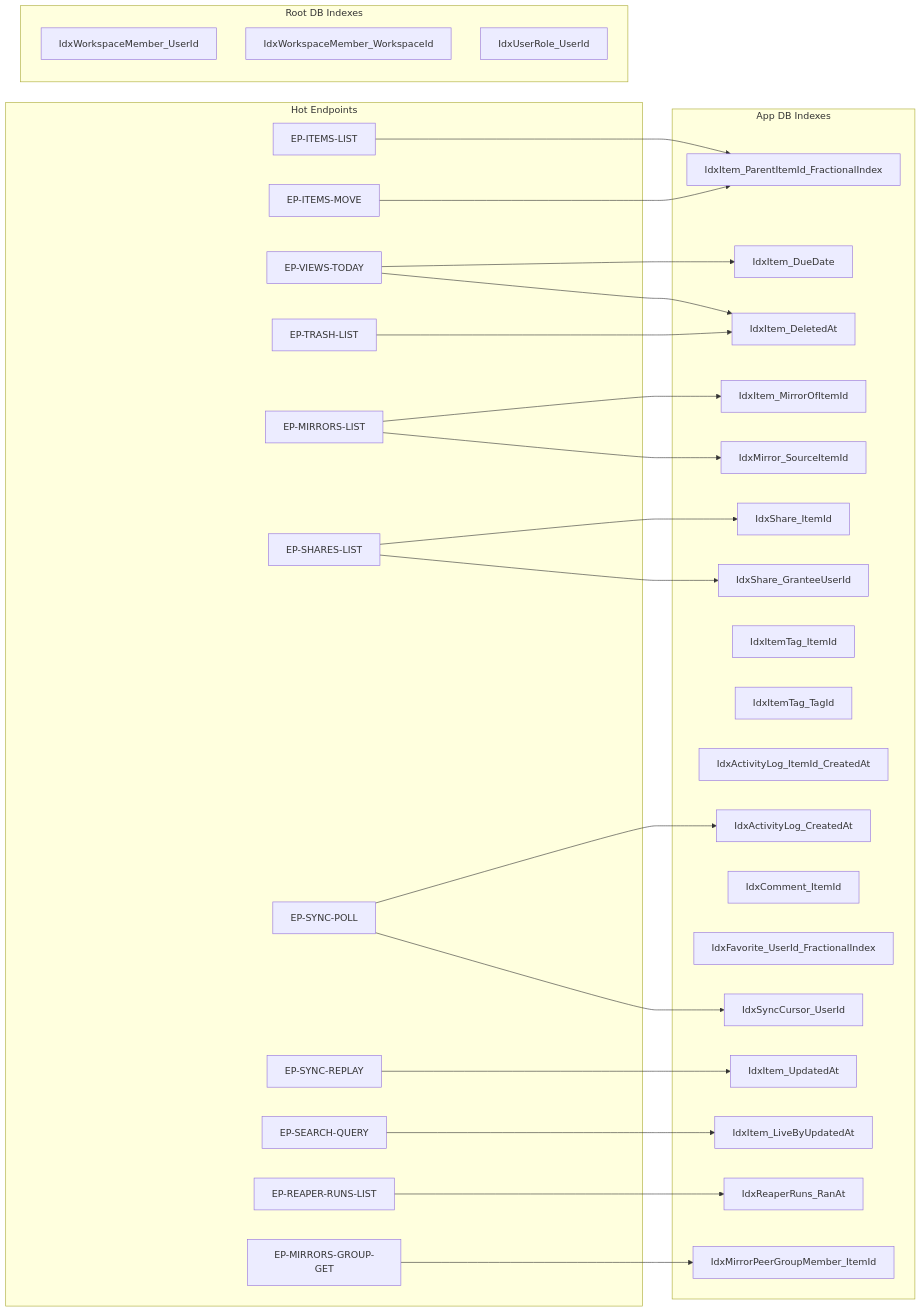
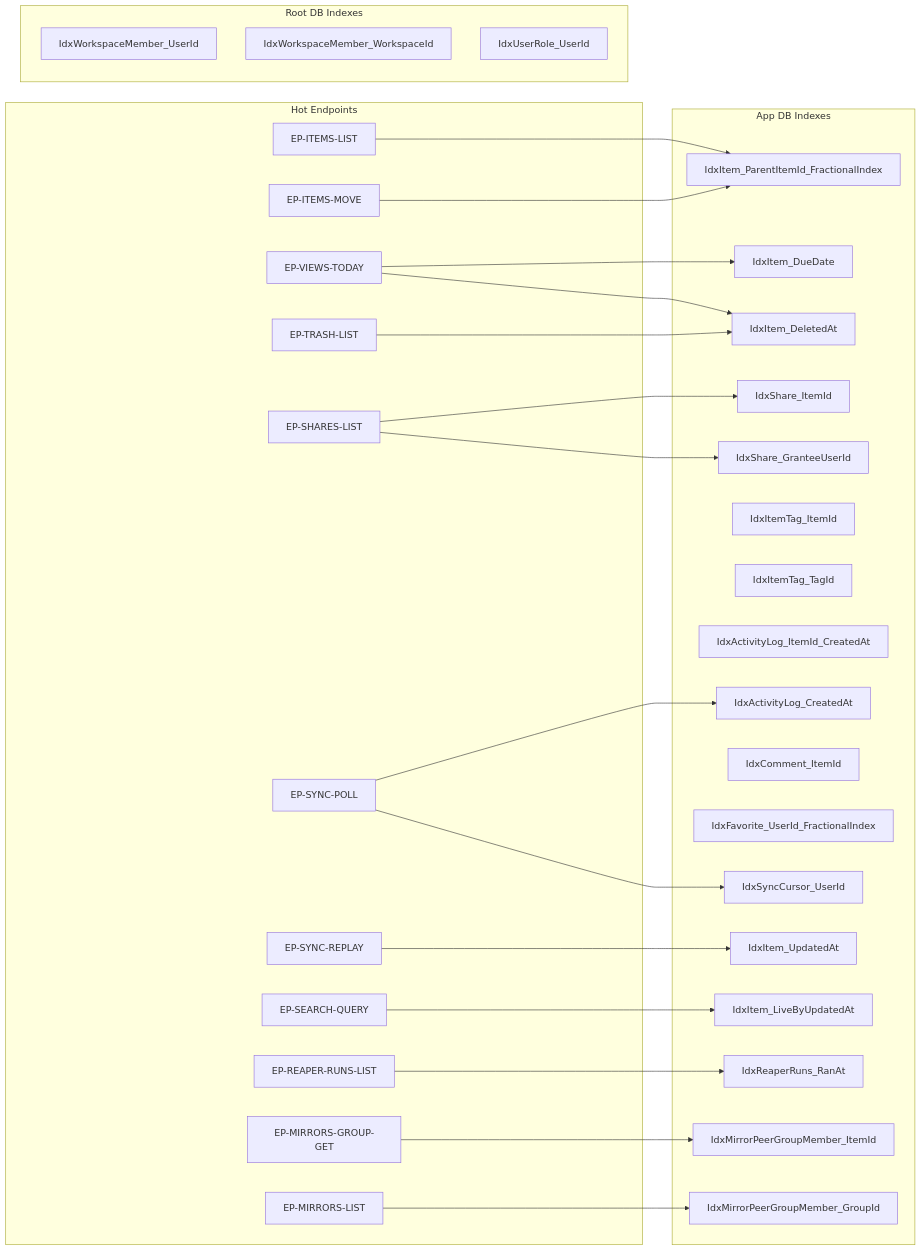
The diagram in spec/31-app/07-db-diagram/06-indexes.md (alimtvnetwork/workflowy-v3), drawn with Mermaid before and after one commit. The commit also changed other lines of this file, not shown here.

````diff
--- a/spec/31-app/07-db-diagram/06-indexes.md
+++ b/spec/31-app/07-db-diagram/06-indexes.md
@@ -25,59 +25,57 @@
 ```mermaid
 flowchart LR
     subgraph "Hot Endpoints"
         E1[EP-ITEMS-LIST]
         E2[EP-ITEMS-MOVE]
         E3[EP-VIEWS-TODAY]
         E4[EP-TRASH-LIST]
         E5[EP-MIRRORS-LIST]
         E6[EP-SHARES-LIST]
         E7[EP-SYNC-POLL]
         E8[EP-SYNC-REPLAY]
         E9[EP-SEARCH-QUERY]
         E10[EP-REAPER-RUNS-LIST]
         E11[EP-MIRRORS-GROUP-GET]
     end
 
     subgraph "App DB Indexes"
         I1[IdxItem_ParentItemId_FractionalIndex]
         I2[IdxItem_DueDate]
         I3[IdxItem_DeletedAt]
-        I4[IdxItem_MirrorOfItemId]
-        I5[IdxMirror_SourceItemId]
         I6[IdxShare_ItemId]
         I7[IdxShare_GranteeUserId]
         I8[IdxItemTag_ItemId]
         I9[IdxItemTag_TagId]
         I10[IdxActivityLog_ItemId_CreatedAt]
         I11[IdxActivityLog_CreatedAt]
         I12[IdxComment_ItemId]
         I13[IdxFavorite_UserId_FractionalIndex]
         I14[IdxSyncCursor_UserId]
         I15[IdxItem_UpdatedAt]
         I16[IdxItem_LiveByUpdatedAt]
         I17[IdxReaperRuns_RanAt]
         I18[IdxMirrorPeerGroupMember_ItemId]
+        I19[IdxMirrorPeerGroupMember_GroupId]
     end
 
     subgraph "Root DB Indexes"
         R1[IdxWorkspaceMember_UserId]
         R2[IdxWorkspaceMember_WorkspaceId]
         R3[IdxUserRole_UserId]
     end
 
     E1 --> I1
     E2 --> I1
     E3 --> I2
     E3 --> I3
     E4 --> I3
-    E5 --> I5
-    E5 --> I4
+    E5 --> I19
     E6 --> I6
     E6 --> I7
     E7 --> I11
     E7 --> I14
     E8 --> I15
     E9 --> I16
     E10 --> I17
     E11 --> I18
 ```
````
